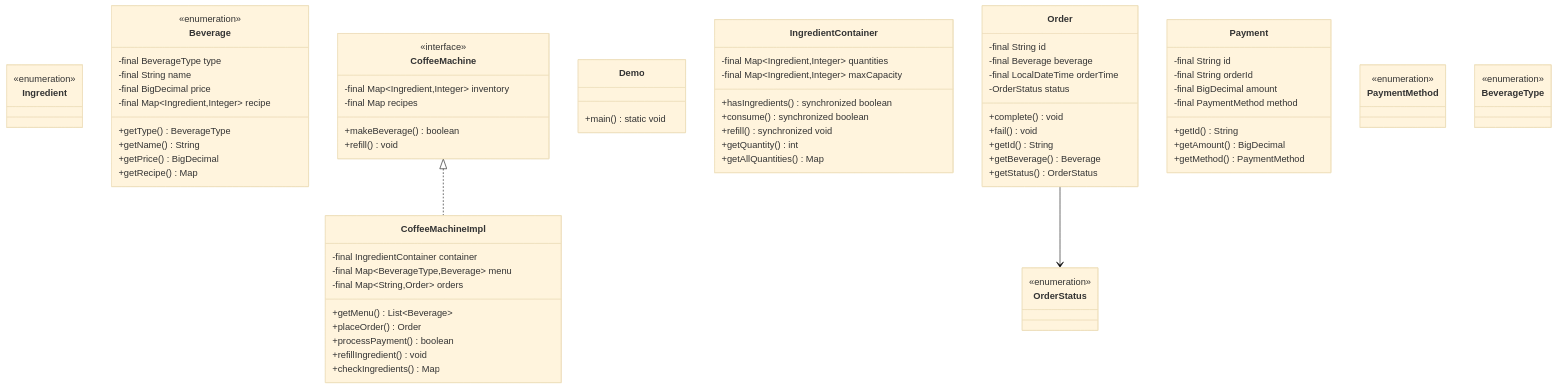
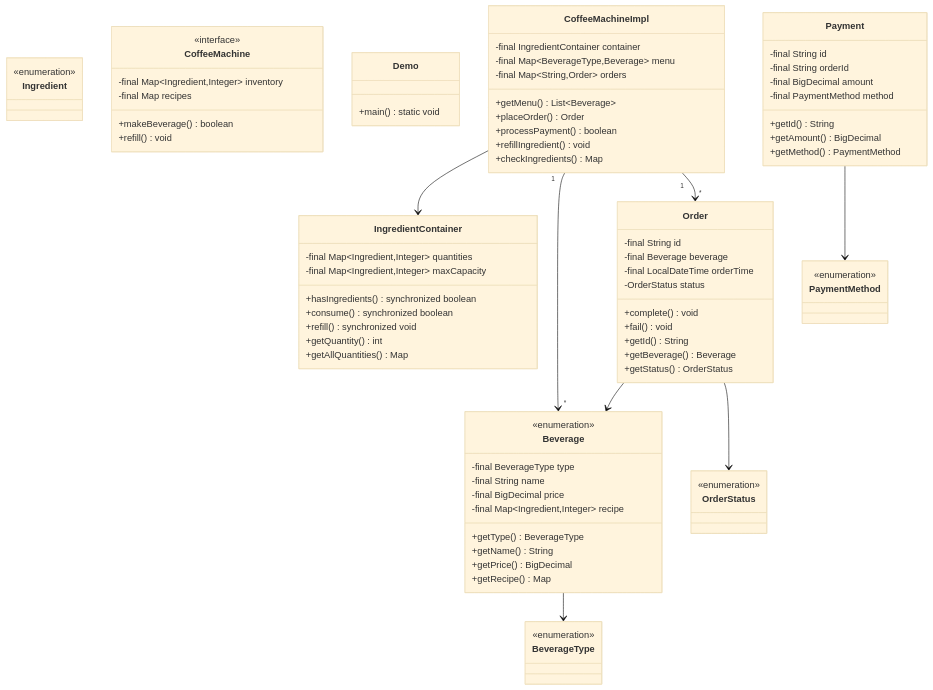
Before and after one commit to dlkr18/lld-playbook: the diagram in docs/problems/coffeemachine/README.md, drawn with Mermaid (base theme). The commit also changed 119 other files, not shown here.

First line of the commit message:
feat: add comprehensive relationships to all class diagrams

````diff
--- a/docs/problems/coffeemachine/README.md
+++ b/docs/problems/coffeemachine/README.md
@@ -462,6 +462,11 @@
     class CoffeeMachine
     <<interface>> CoffeeMachine
 
-    CoffeeMachine <|.. CoffeeMachineImpl
+    Beverage --> BeverageType
+    CoffeeMachineImpl --> IngredientContainer
+    CoffeeMachineImpl "1" --> "*" Beverage
+    CoffeeMachineImpl "1" --> "*" Order
+    Order --> Beverage
     Order --> OrderStatus
+    Payment --> PaymentMethod
 ```
````
